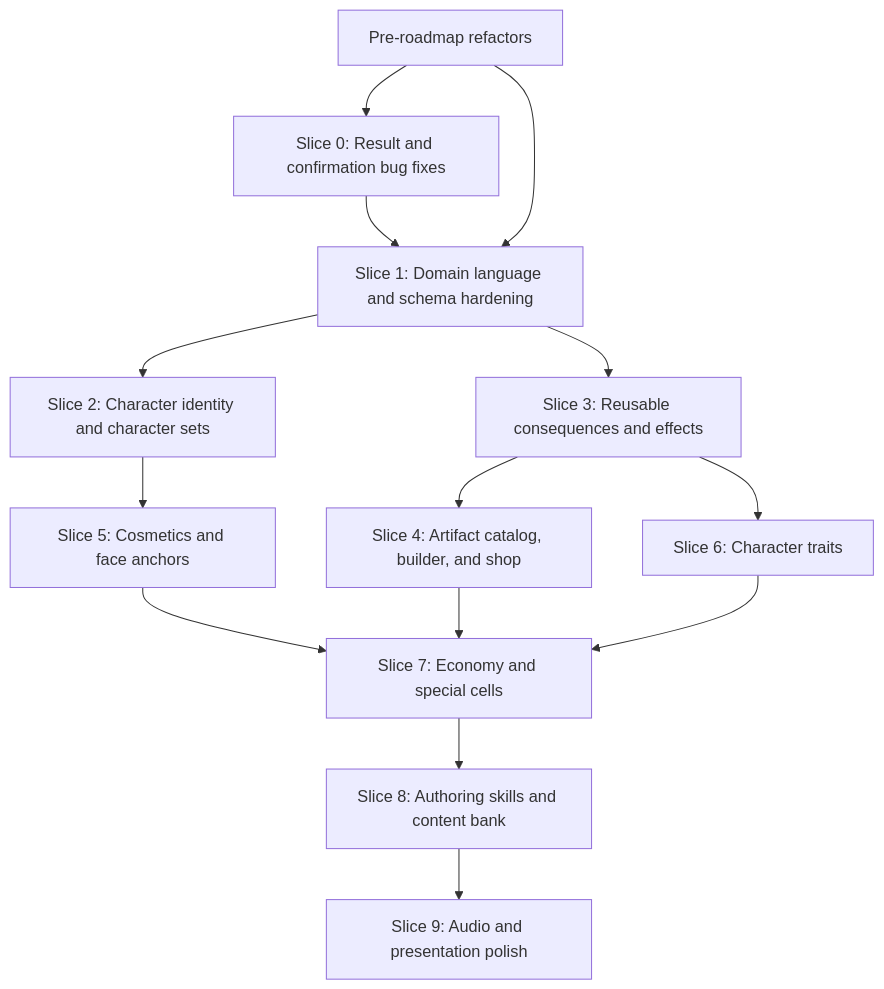
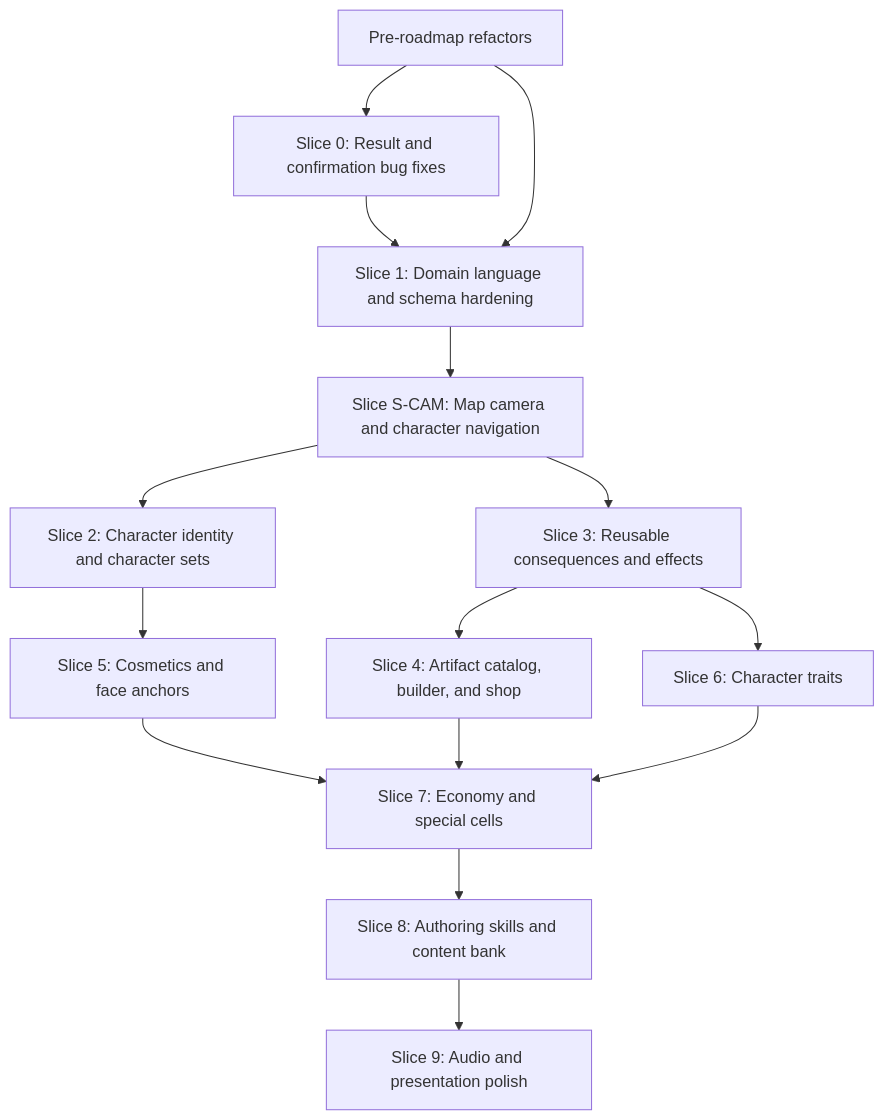
The diagram in ROADMAP.md (javspad/Essence), drawn with Mermaid before and after one commit. The commit also changed other lines of this file and 5 other files, not shown here.

Commit message:
Implement S-CAM board camera controls

````diff
--- a/ROADMAP.md
+++ b/ROADMAP.md
@@ -129,16 +131,17 @@
 ```mermaid
 flowchart TD
   R["Pre-roadmap refactors"] --> A["Slice 0: Result and confirmation bug fixes"]
   R --> B["Slice 1: Domain language and schema hardening"]
   A --> B
-  B --> C["Slice 2: Character identity and character sets"]
-  B --> D["Slice 3: Reusable consequences and effects"]
+  B --> CAM["Slice S-CAM: Map camera and character navigation"]
+  CAM --> C["Slice 2: Character identity and character sets"]
+  CAM --> D["Slice 3: Reusable consequences and effects"]
   D --> E["Slice 4: Artifact catalog, builder, and shop"]
   C --> F["Slice 5: Cosmetics and face anchors"]
   D --> G["Slice 6: Character traits"]
   E --> H["Slice 7: Economy and special cells"]
   F --> H
   G --> H
   H --> I["Slice 8: Authoring skills and content bank"]
   I --> J["Slice 9: Audio and presentation polish"]
 ```
````
